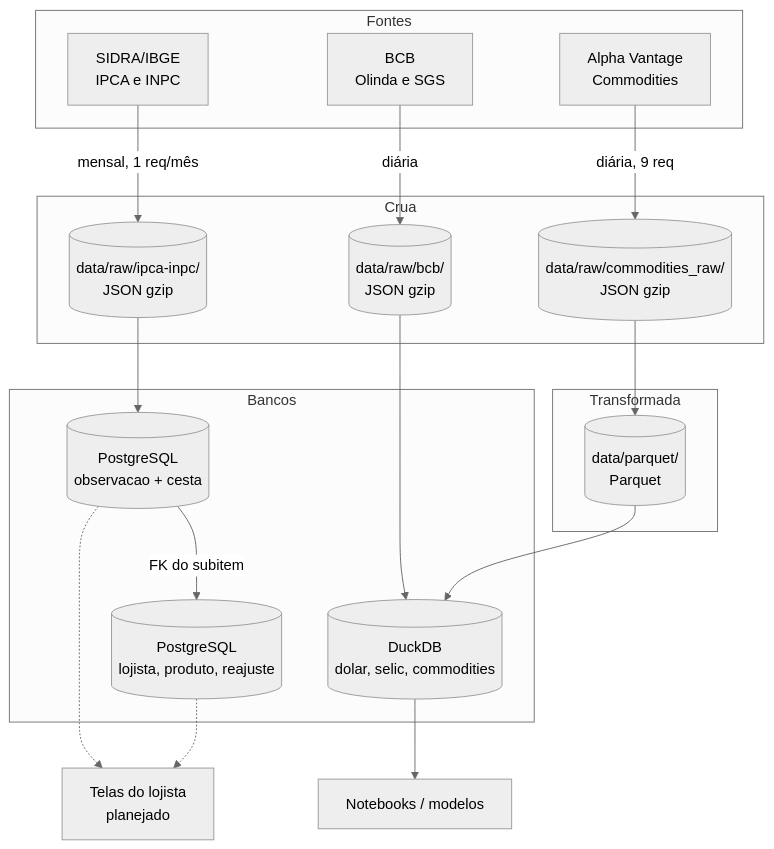
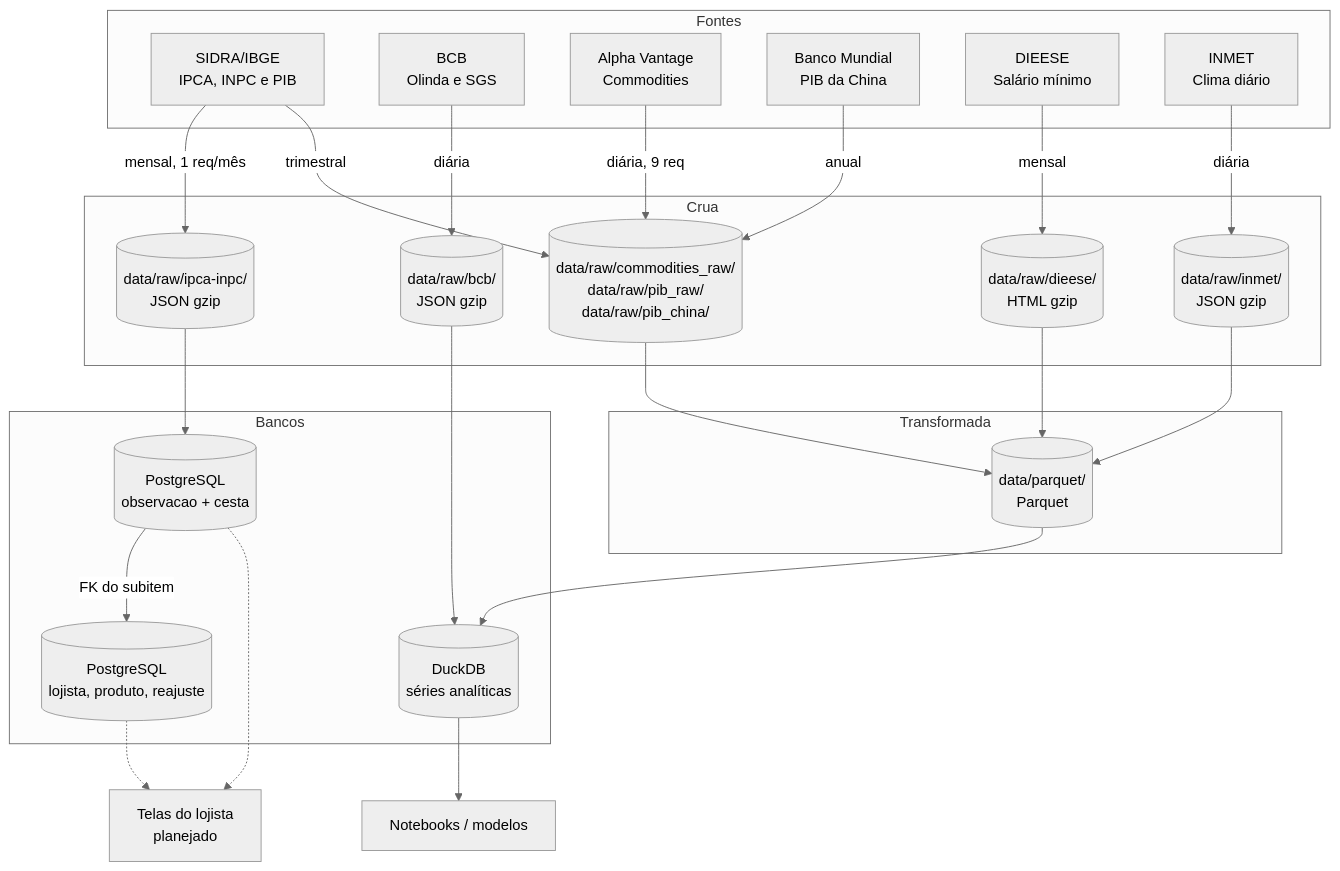
The diagram in docs/arquitetura/fluxoDados.md (Bappoz/inflatrack), drawn with Mermaid (neutral theme) before and after one commit. The commit also changed other lines of this file and 10 other files, not shown here.

````diff
--- a/docs/arquitetura/fluxoDados.md
+++ b/docs/arquitetura/fluxoDados.md
@@ -5,28 +5,38 @@
 ```mermaid
 flowchart TB
     subgraph Fontes
-        S[SIDRA/IBGE<br/>IPCA e INPC]
+        S[SIDRA/IBGE<br/>IPCA, INPC e PIB]
         BCB[BCB<br/>Olinda e SGS]
         AV[Alpha Vantage<br/>Commodities]
+        WB[Banco Mundial<br/>PIB da China]
+        DI[DIEESE<br/>Salário mínimo]
+        IN[INMET<br/>Clima diário]
     end
     subgraph Crua
         R1[(data/raw/ipca-inpc/<br/>JSON gzip)]
-        R2[(data/raw/commodities_raw/<br/>JSON gzip)]
+        R2[(data/raw/commodities_raw/<br/>data/raw/pib_raw/<br/>data/raw/pib_china/)]
         R3[(data/raw/bcb/<br/>JSON gzip)]
+        R4[(data/raw/dieese/<br/>HTML gzip)]
+        R5[(data/raw/inmet/<br/>JSON gzip)]
     end
     subgraph Transformada
         PQ[(data/parquet/<br/>Parquet)]
     end
     subgraph Bancos
         PG[(PostgreSQL<br/>observacao + cesta)]
         TX[(PostgreSQL<br/>lojista, produto, reajuste)]
-        DK[(DuckDB<br/>dolar, selic, commodities)]
+        DK[(DuckDB<br/>séries analíticas)]
     end
     S -->|mensal, 1 req/mês| R1 --> PG
+    S -->|trimestral| R2
     BCB -->|diária| R3 --> DK
-    AV -->|diária, 9 req| R2 --> PQ --> DK
+    AV -->|diária, 9 req| R2
+    WB -->|anual| R2
+    DI -->|mensal| R4 --> PQ
+    IN -->|diária| R5 --> PQ
+    R2 --> PQ --> DK
     PG -->|FK do subitem| TX
     PG -.-> V[Telas do lojista<br/>planejado]
     TX -.-> V
     DK --> ML[Notebooks / modelos]
 ```
````
